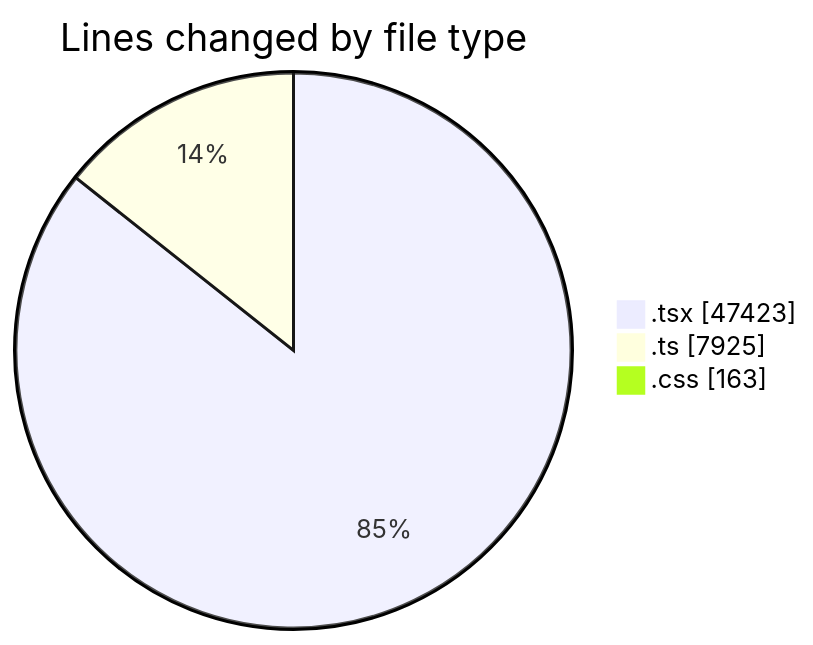
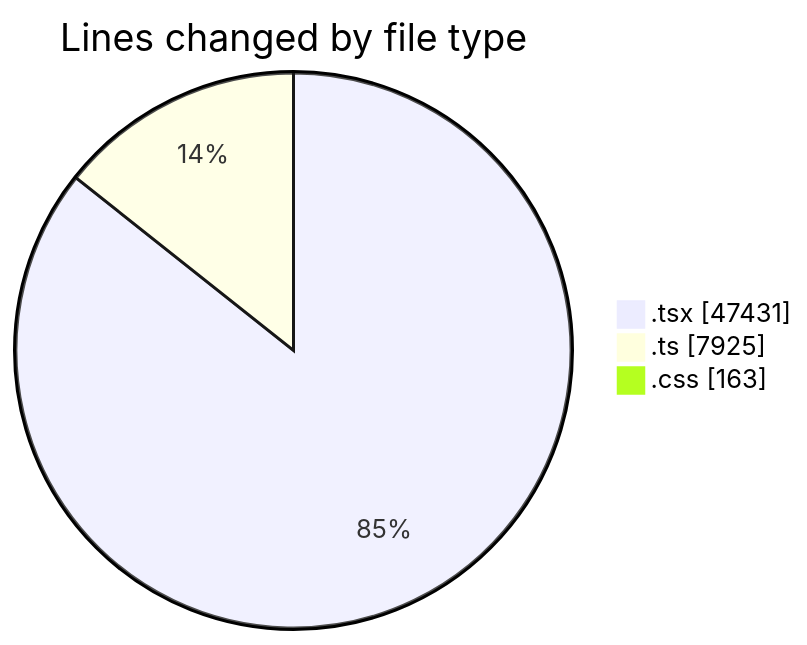
One commit to nxtqubesakshisongat/code-tracking changed the first of 2 diagrams in 2026-08-23/nxtqube_webapp/README.md. Above: the diagram before and after it, drawn with Mermaid. The commit also changed other lines of this file and 1 other file, not shown here.

````diff
--- a/2026-08-23/nxtqube_webapp/README.md
+++ b/2026-08-23/nxtqube_webapp/README.md
@@ -118,7 +118,7 @@
 ```mermaid
 pie showData
 title Lines changed by file type
-".tsx" : 47423
+".tsx" : 47431
 ".ts" : 7925
 ".css" : 163
 ```
````
